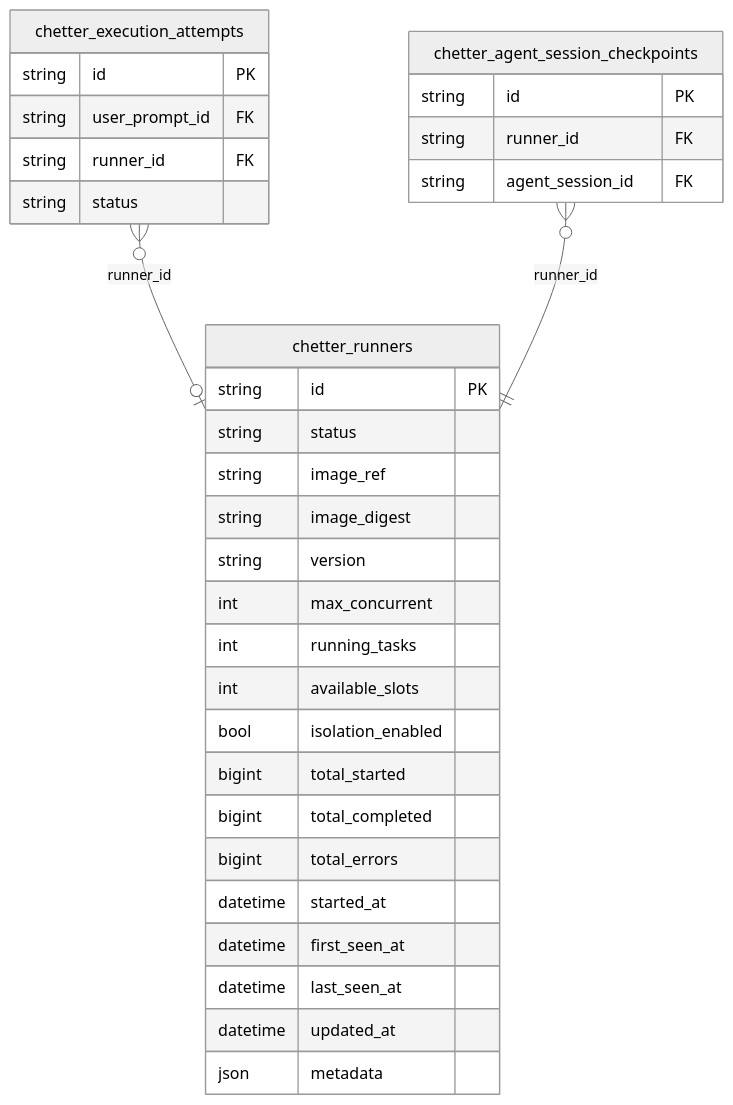
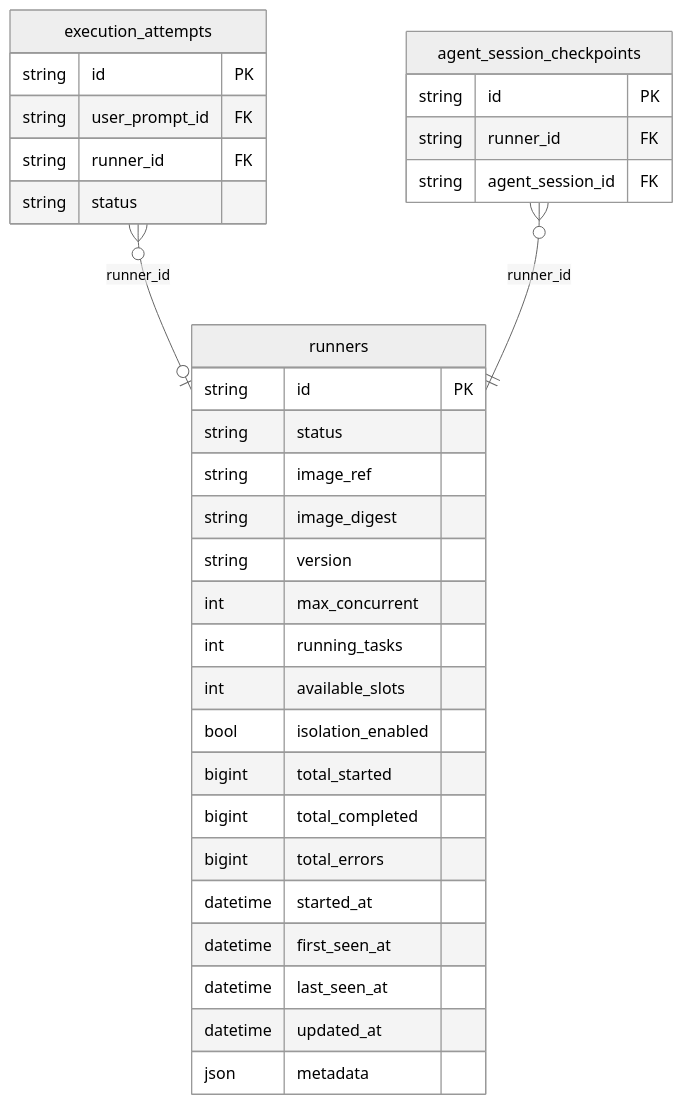
Before and after one commit to flatout-works/chetter: the second of 6 diagrams in docs/SCHEMA.md, drawn with Mermaid (neutral theme). The commit also changed other lines of this file and 1 other file, not shown here.

First line of the commit message:
chore: follow 052 table renames in ops script and schema doc

````diff
--- a/docs/SCHEMA.md
+++ b/docs/SCHEMA.md
@@ -190,35 +191,35 @@
 ```mermaid
 erDiagram
-    chetter_runners {
+    runners {
         string id PK
         string status
         string image_ref
         string image_digest
         string version
         int max_concurrent
         int running_tasks
         int available_slots
         bool isolation_enabled
         bigint total_started
         bigint total_completed
         bigint total_errors
         datetime started_at
         datetime first_seen_at
         datetime last_seen_at
         datetime updated_at
         json metadata
     }
-    chetter_execution_attempts {
+    execution_attempts {
         string id PK
         string user_prompt_id FK
         string runner_id FK
         string status
     }
-    chetter_agent_session_checkpoints {
+    agent_session_checkpoints {
         string id PK
         string runner_id FK
         string agent_session_id FK
     }
-    chetter_execution_attempts }o--o| chetter_runners : "runner_id"
-    chetter_agent_session_checkpoints }o--|| chetter_runners : "runner_id"
+    execution_attempts }o--o| runners : "runner_id"
+    agent_session_checkpoints }o--|| runners : "runner_id"
 ```
````
